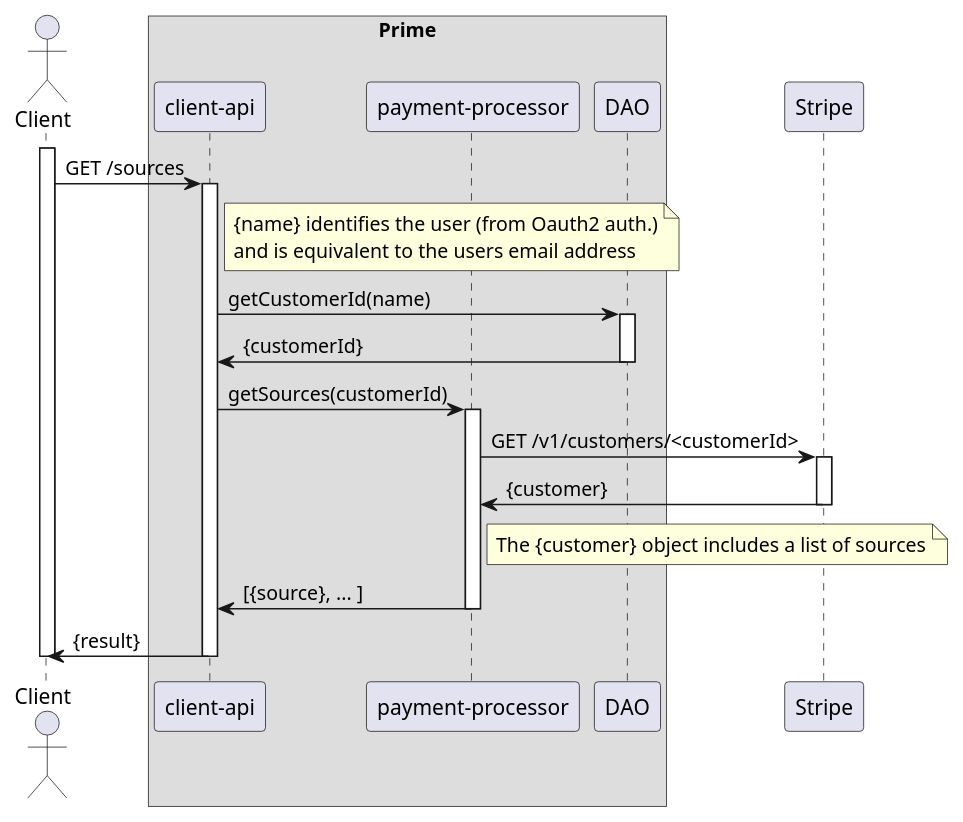
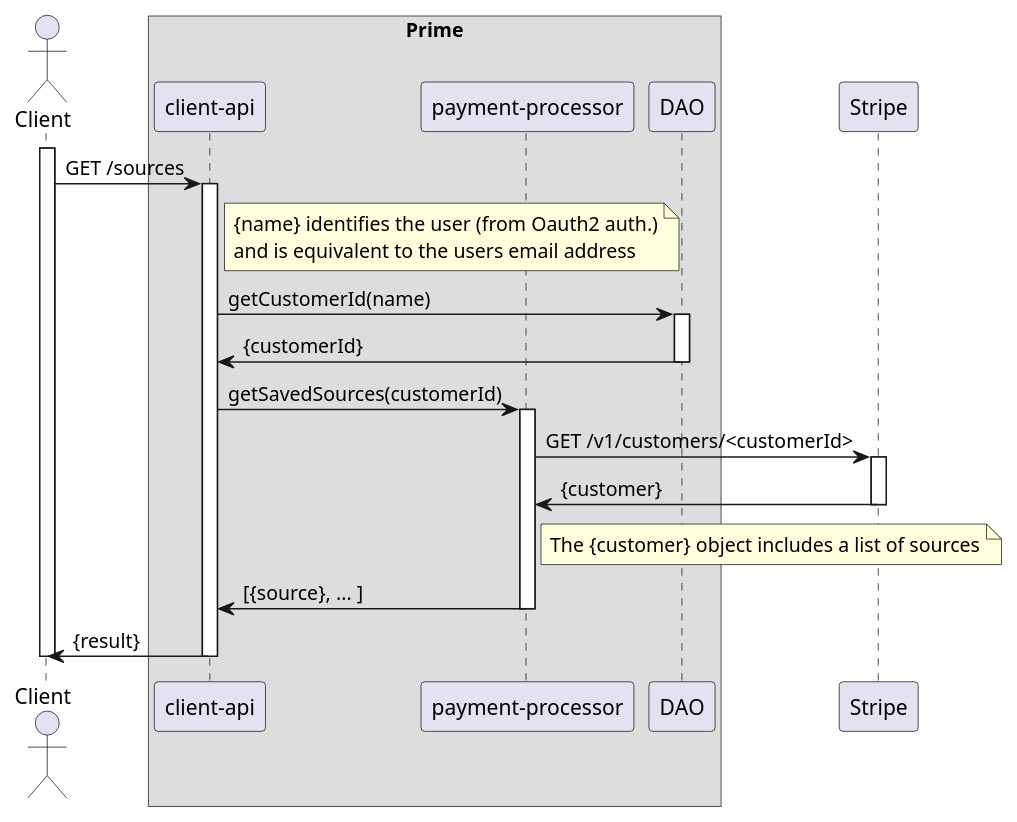
Before and after one commit to ostelco/ostelco-core: the diagram in payment-processor/doc/puml/list-sources.puml, drawn with PlantUML. The commit also changed 4 other files, not shown here.

Commit message:
Updated UML

```diff
--- a/payment-processor/doc/puml/list-sources.puml
+++ b/payment-processor/doc/puml/list-sources.puml
@@ -1,43 +1,43 @@
 @startuml
 
 actor Client
 participant Client
 
 box "Prime"
     participant "client-api"
     participant "payment-processor"
     participant "DAO"
 end box
 participant Stripe
 
 activate Client
     Client -> "client-api": GET /sources
     activate "client-api"
     note right of "client-api"
        {name} identifies the user (from Oauth2 auth.)
        and is equivalent to the users email address
     end note
 
     "client-api" -> DAO : getCustomerId(name)
     activate DAO
     DAO -> "client-api" : {customerId}
     deactivate DAO
 
-    "client-api" -> "payment-processor" : getSources(customerId)
+    "client-api" -> "payment-processor" : getSavedSources(customerId)
     activate "payment-processor"
 
     "payment-processor" -> Stripe : GET /v1/customers/<customerId>
     activate Stripe
     Stripe -> "payment-processor" : {customer}
     deactivate Stripe
     note right of "payment-processor" : The {customer} object includes a list of sources
 
     "payment-processor" -> "client-api" :  [{source}, ... ]
     deactivate "payment-processor"
 
     "client-api" -> Client : {result}
     deactivate "client-api"
 
 deactivate Client
 
 @enduml
```
